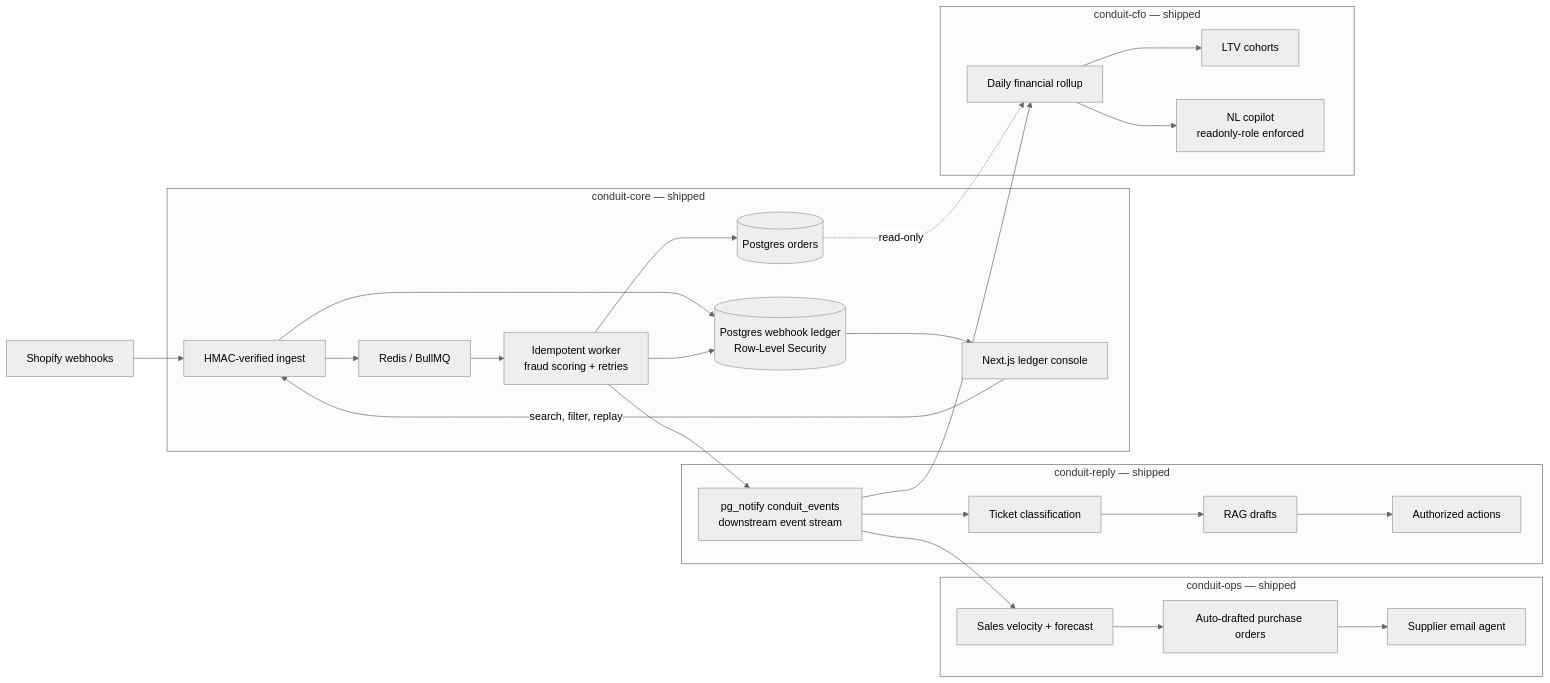
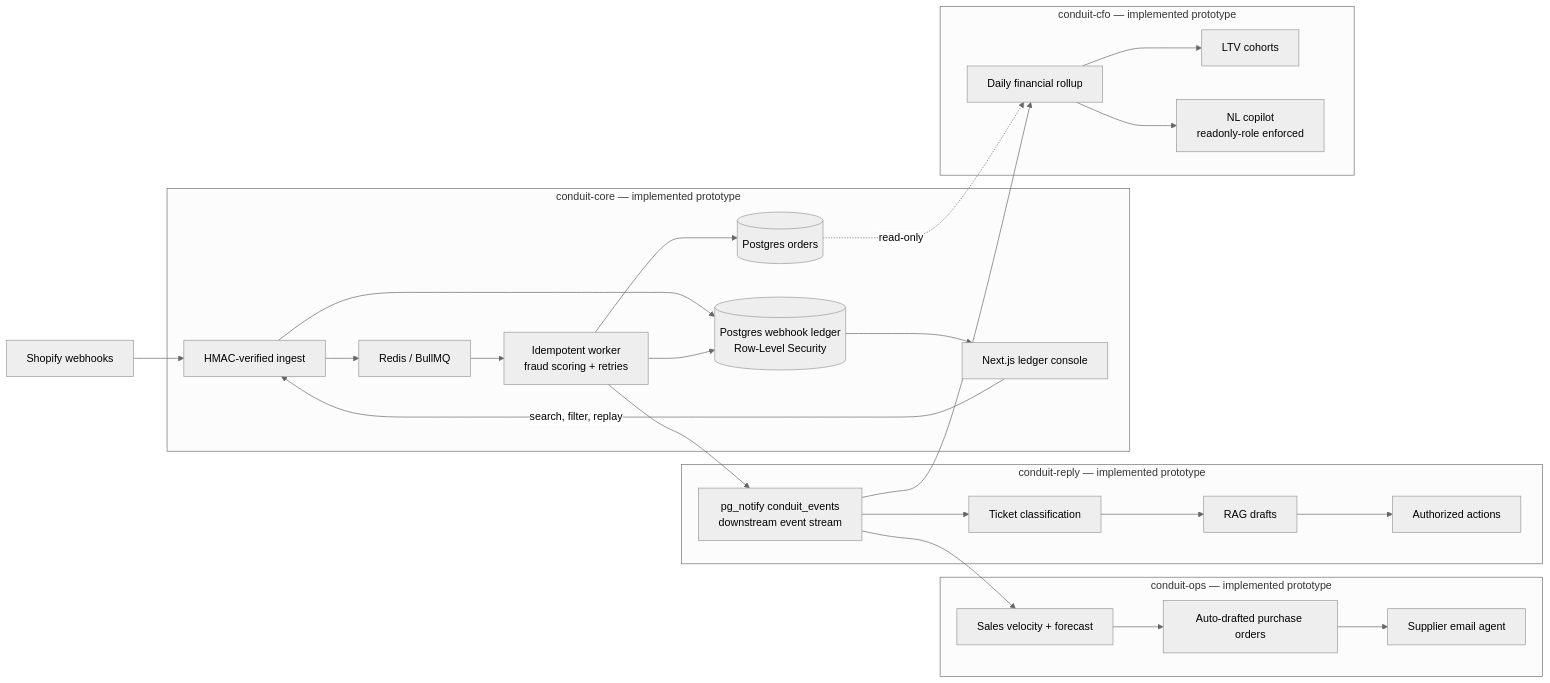
The diagram in README.md (austinkyle/Conduit-OS), drawn with Mermaid (neutral theme) before and after one commit. The commit also changed other lines of this file and 6 other files, not shown here.

````diff
--- a/README.md
+++ b/README.md
@@ -29,30 +33,30 @@
 ```mermaid
 flowchart LR
     Shopify[Shopify webhooks] --> HMAC[HMAC-verified ingest]
-    subgraph Core[conduit-core — shipped]
+    subgraph Core[conduit-core — implemented prototype]
         HMAC --> Ledger[(Postgres webhook ledger<br/>Row-Level Security)]
         HMAC --> Queue[Redis / BullMQ]
         Queue --> Worker[Idempotent worker<br/>fraud scoring + retries]
         Worker --> Orders[(Postgres orders)]
         Worker --> Ledger
         Ledger --> Console[Next.js ledger console]
     end
     Worker --> Stream[pg_notify conduit_events<br/>downstream event stream]
-    subgraph Reply[conduit-reply — shipped]
+    subgraph Reply[conduit-reply — implemented prototype]
         Stream --> Intake[Ticket classification]
         Intake --> Drafts[RAG drafts]
         Drafts --> Actions[Authorized actions]
     end
-    subgraph Ops[conduit-ops — shipped]
+    subgraph Ops[conduit-ops — implemented prototype]
         Stream --> Velocity[Sales velocity + forecast]
         Velocity --> POs[Auto-drafted purchase orders]
         POs --> Supplier[Supplier email agent]
     end
-    subgraph CFO[conduit-cfo — shipped]
+    subgraph CFO[conduit-cfo — implemented prototype]
         Stream --> Rollup[Daily financial rollup]
         Orders -.read-only.-> Rollup
         Rollup --> Cohorts[LTV cohorts]
         Rollup --> Copilot[NL copilot<br/>readonly-role enforced]
     end
     Console -->|search, filter, replay| HMAC
 ```
````
